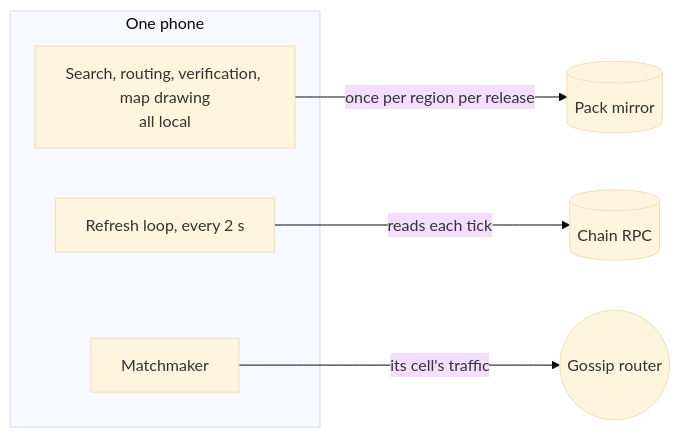
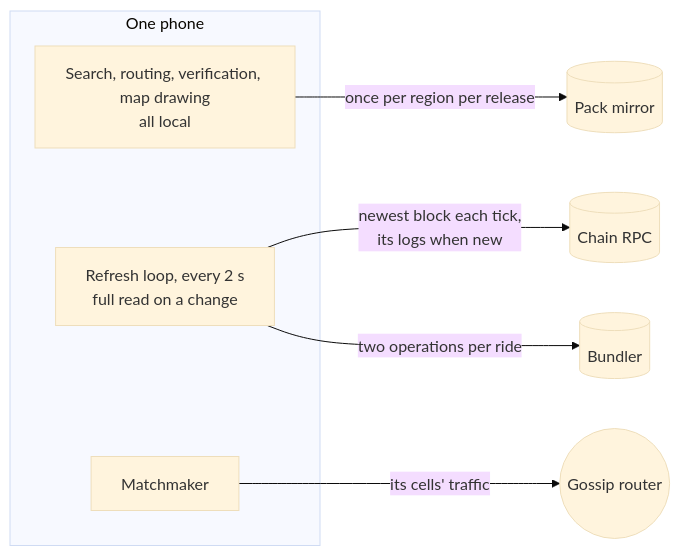
The first of 2 diagrams in apps/docs/scalability.md (MuriloSchaefer/klippelgo), drawn with Mermaid (base theme) before and after one commit. The commit also changed other lines of this file and 83 other files, not shown here.

````diff
--- a/apps/docs/scalability.md
+++ b/apps/docs/scalability.md
@@ -11,15 +11,17 @@
 ```mermaid
 flowchart LR
     subgraph phone [One phone]
         local[Search, routing, verification, map drawing<br/>all local]
-        loop[Refresh loop, every 2 s]
+        loop[Refresh loop, every 2 s<br/>full read on a change]
         mm[Matchmaker]
     end
     rpc[(Chain RPC)]
+    bundler[(Bundler)]
     router((Gossip router))
     mirror[(Pack mirror)]
 
-    loop -- "reads each tick" --> rpc
-    mm -- "its cell's traffic" --> router
+    loop -- "newest block each tick,<br/>its logs when new" --> rpc
+    loop -- "two operations per ride" --> bundler
+    mm -- "its cells' traffic" --> router
     local -- "once per region per release" --> mirror
 ```
````
